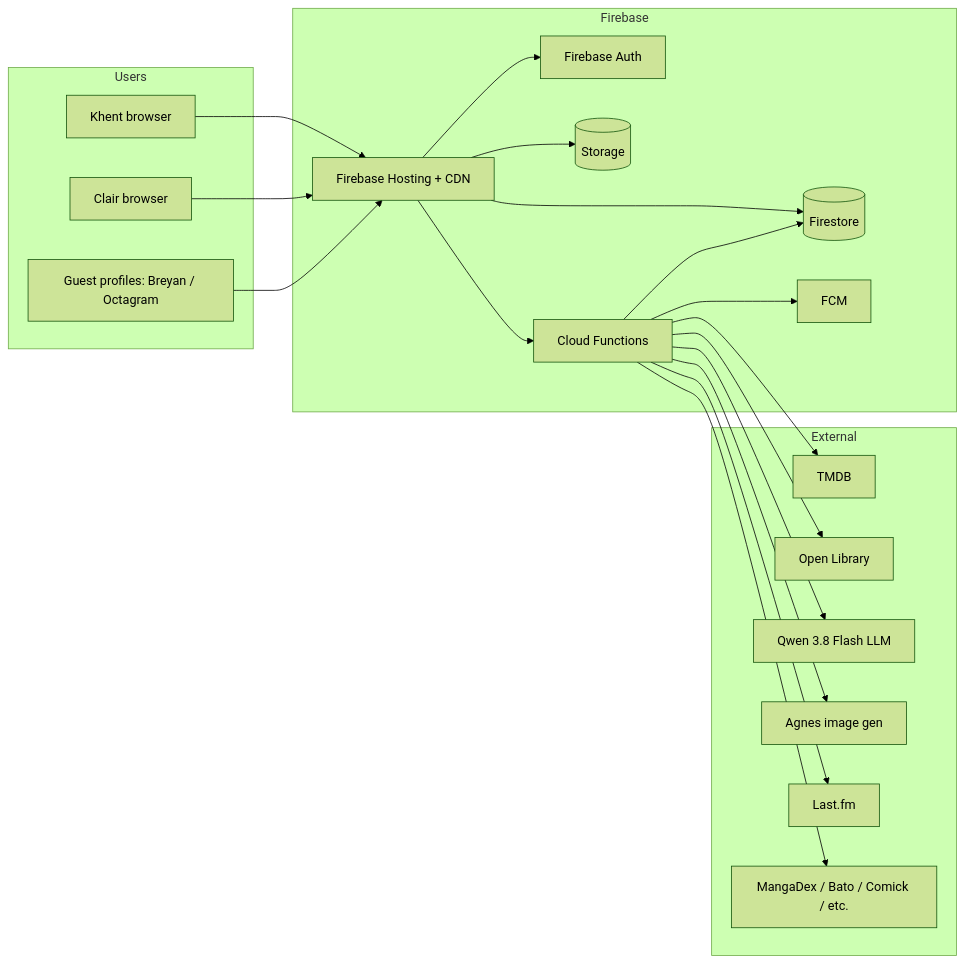
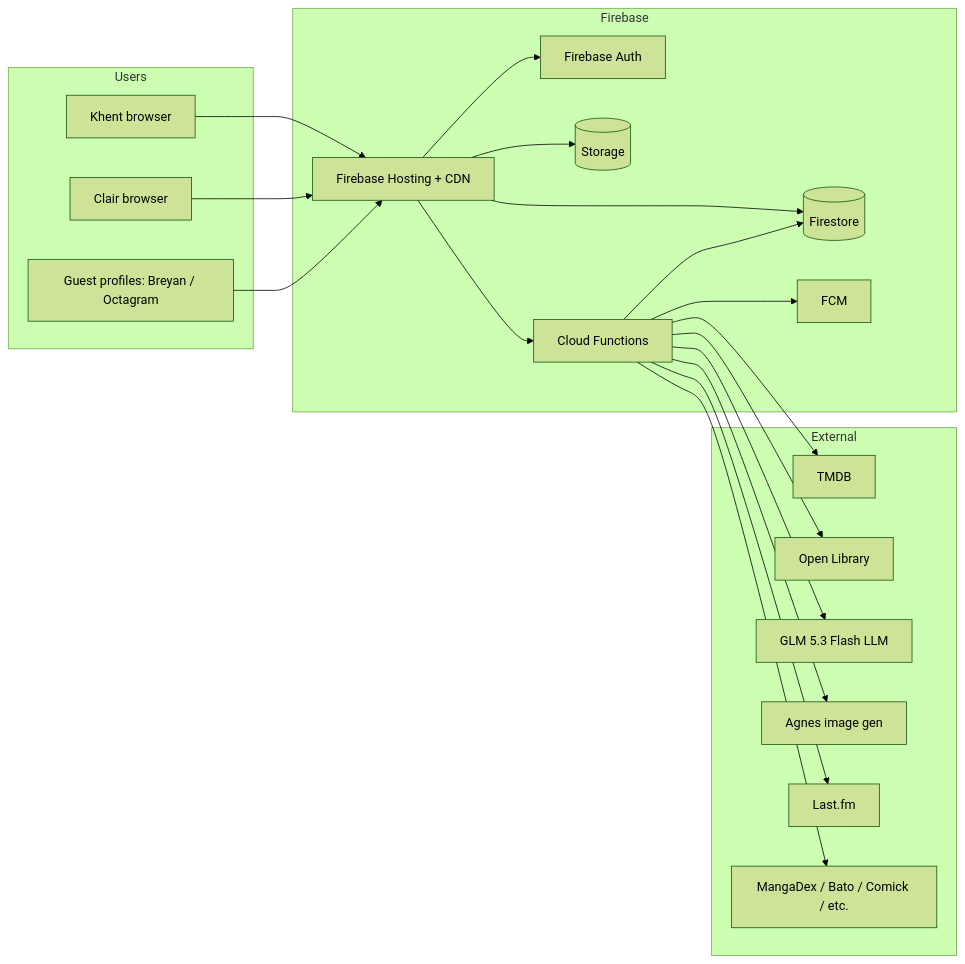
Before and after one commit to khentmoba/Everglow: the first of 7 diagrams in docs/ARCHITECTURE.md, drawn with Mermaid (forest theme). The commit also changed other lines of this file and 9 other files, not shown here.

First line of the commit message:
feat(motchi): use GLM 5.3 Flash instead of Qwen on TokenHarbor

````diff
--- a/docs/ARCHITECTURE.md
+++ b/docs/ARCHITECTURE.md
@@ -32,42 +32,42 @@
 ```mermaid
 flowchart LR
   subgraph Users
     K[Khent browser]
     C[Clair browser]
     G[Guest profiles: Breyan / Octagram]
   end
 
   subgraph Firebase
     H[Firebase Hosting + CDN]
     A[Firebase Auth]
     F[(Firestore)]
     S[(Storage)]
     FN[Cloud Functions]
     M[FCM]
   end
 
   subgraph External
     TMDB[TMDB]
     OL[Open Library]
-    QWEN[Qwen 3.8 Flash LLM]
+    GLM[GLM 5.3 Flash LLM]
     AGNESIMG[Agnes image gen]
     LF[Last.fm]
     MD[MangaDex / Bato / Comick / etc.]
   end
 
   K --> H
   C --> H
   G --> H
   H --> A
   H --> F
   H --> S
   H --> FN
   FN --> F
   FN --> M
   FN --> TMDB
   FN --> OL
-  FN --> QWEN
+  FN --> GLM
   FN --> AGNESIMG
   FN --> LF
   FN --> MD
 ```
````
